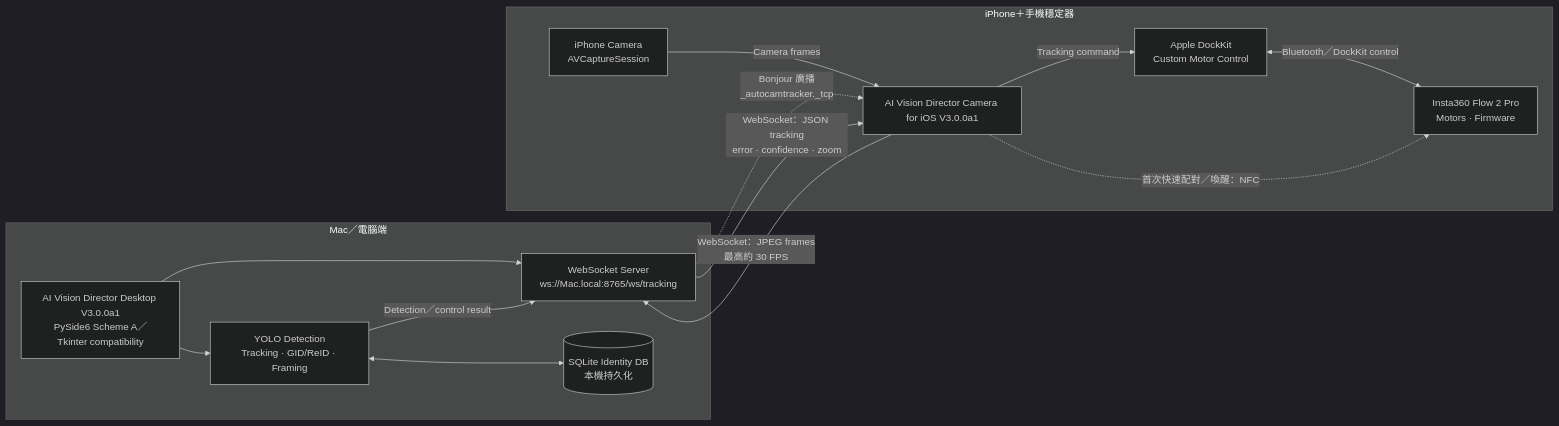
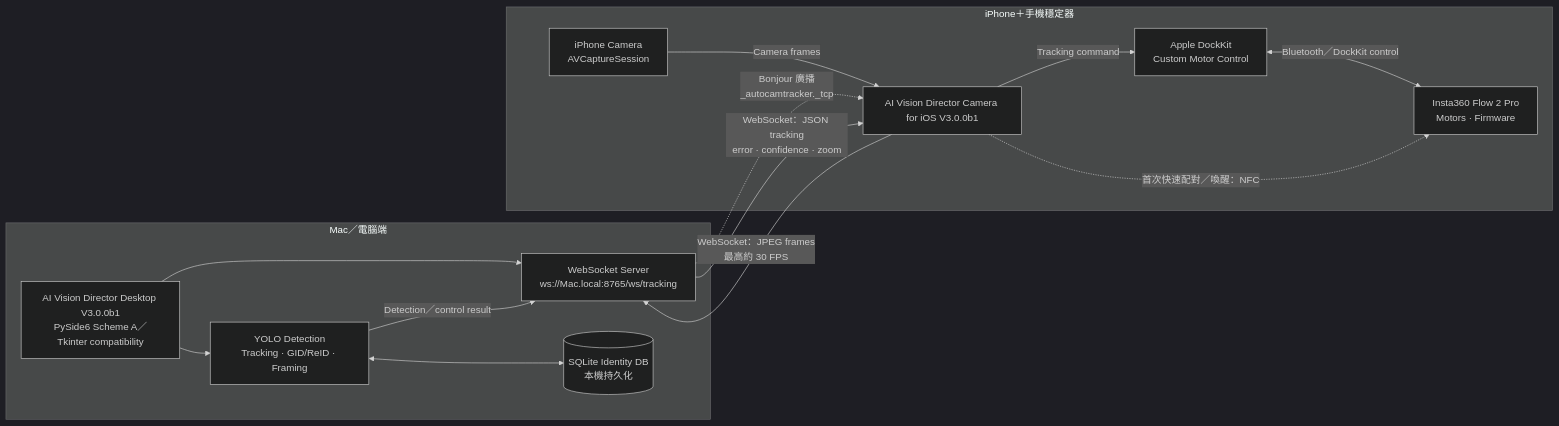
The first of 3 diagrams in README.md (LN-676/AI-Vision-Director), drawn with Mermaid (dark theme) before and after one commit. The commit also changed other lines of this file and 15 other files, not shown here.

Commit message:
release: AI Vision Director V3.0.0b1

````diff
--- a/README.md
+++ b/README.md
@@ -22,30 +22,30 @@
 ```mermaid
 flowchart LR
     subgraph COMPUTER["Mac／電腦端"]
-        DESKTOP["AI Vision Director Desktop V3.0.0a1<br/>PySide6 Scheme A／Tkinter compatibility"]
+        DESKTOP["AI Vision Director Desktop V3.0.0b1<br/>PySide6 Scheme A／Tkinter compatibility"]
         SERVER["WebSocket Server<br/>ws://Mac.local:8765/ws/tracking"]
         AI["YOLO Detection<br/>Tracking · GID/ReID · Framing"]
         DB[("SQLite Identity DB<br/>本機持久化")]
 
         DESKTOP --> SERVER
         DESKTOP --> AI
         AI <--> DB
     end
 
     subgraph MOBILE["iPhone＋手機穩定器"]
-        IOS["AI Vision Director Camera for iOS V3.0.0a1"]
+        IOS["AI Vision Director Camera for iOS V3.0.0b1"]
         CAMERA["iPhone Camera<br/>AVCaptureSession"]
         DOCKKIT["Apple DockKit<br/>Custom Motor Control"]
         GIMBAL["Insta360 Flow 2 Pro<br/>Motors · Firmware"]
 
         CAMERA -->|"Camera frames"| IOS
         IOS -->|"Tracking command"| DOCKKIT
         DOCKKIT <-->|"Bluetooth／DockKit control"| GIMBAL
         IOS -.->|"首次快速配對／喚醒：NFC"| GIMBAL
     end
 
     SERVER -.->|"Bonjour 廣播<br/>_autocamtracker._tcp"| IOS
     IOS -->|"WebSocket：JPEG frames<br/>最高約 30 FPS"| SERVER
     SERVER -->|"WebSocket：JSON tracking<br/>error · confidence · zoom"| IOS
     AI -->|"Detection／control result"| SERVER
 ```
````
